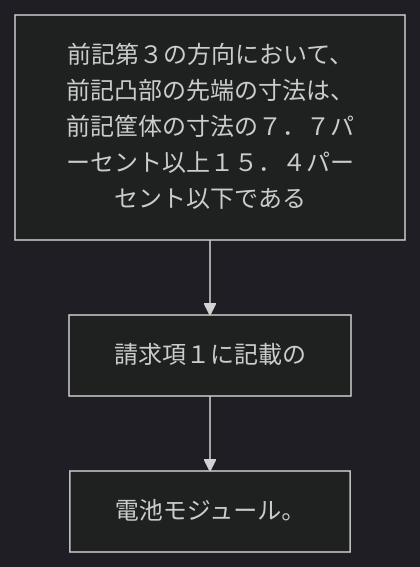
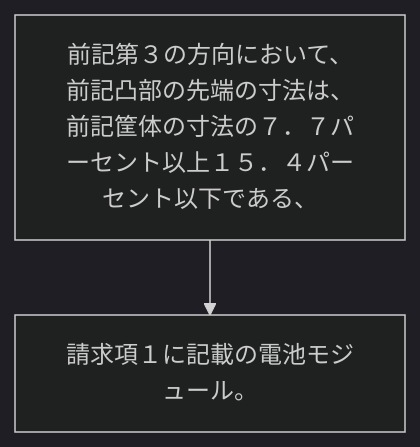
Before and after one commit to shinmori55/patent_analyzed: the diagram in 2024/JP2024039203A/claim_2/README.md, drawn with Mermaid (dark theme). The commit also changed 336 other files, not shown here.

````diff
--- a/2024/JP2024039203A/claim_2/README.md
+++ b/2024/JP2024039203A/claim_2/README.md
@@ -2,8 +2,6 @@
 ```mermaid
 flowchart TD
-A[前記第３の方向において、前記凸部の先端の寸法は、前記筐体の寸法の７．７パーセント以上１５．４パーセント以下である]
-B[請求項１に記載の]
-C[電池モジュール。]
+A[前記第３の方向において、前記凸部の先端の寸法は、前記筐体の寸法の７．７パーセント以上１５．４パーセント以下である、]
+B[請求項１に記載の電池モジュール。]
 A --> B
-B --> C
 ```
````
